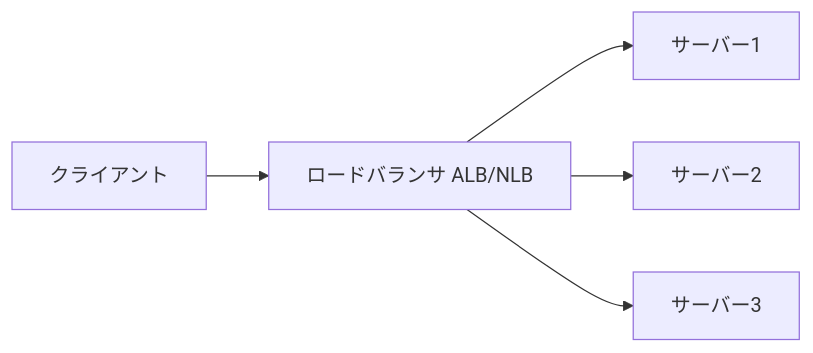
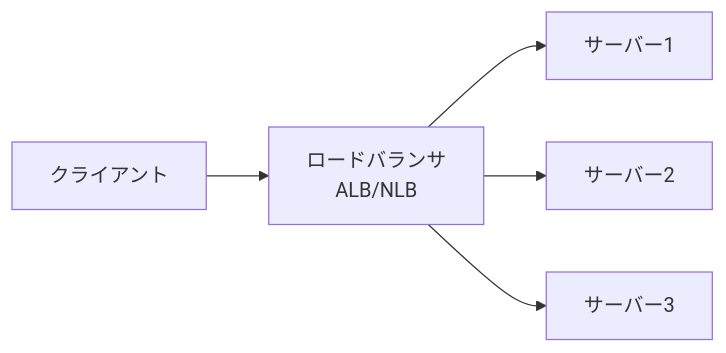
Diagram 15 of 18 in training/basics.md (x86-unix/docs), drawn with Mermaid before and after one commit. The commit also changed other lines of this file, not shown here.

````diff
--- a/training/basics.md
+++ b/training/basics.md
@@ -586,7 +1093,7 @@
 ```mermaid
 graph LR
-    Client[クライアント] --> LB["ロードバランサ ALB/NLB"]
+    Client[クライアント] --> LB[ロードバランサ<br/>ALB/NLB]
     LB --> S1[サーバー1]
     LB --> S2[サーバー2]
     LB --> S3[サーバー3]
 ```
````
